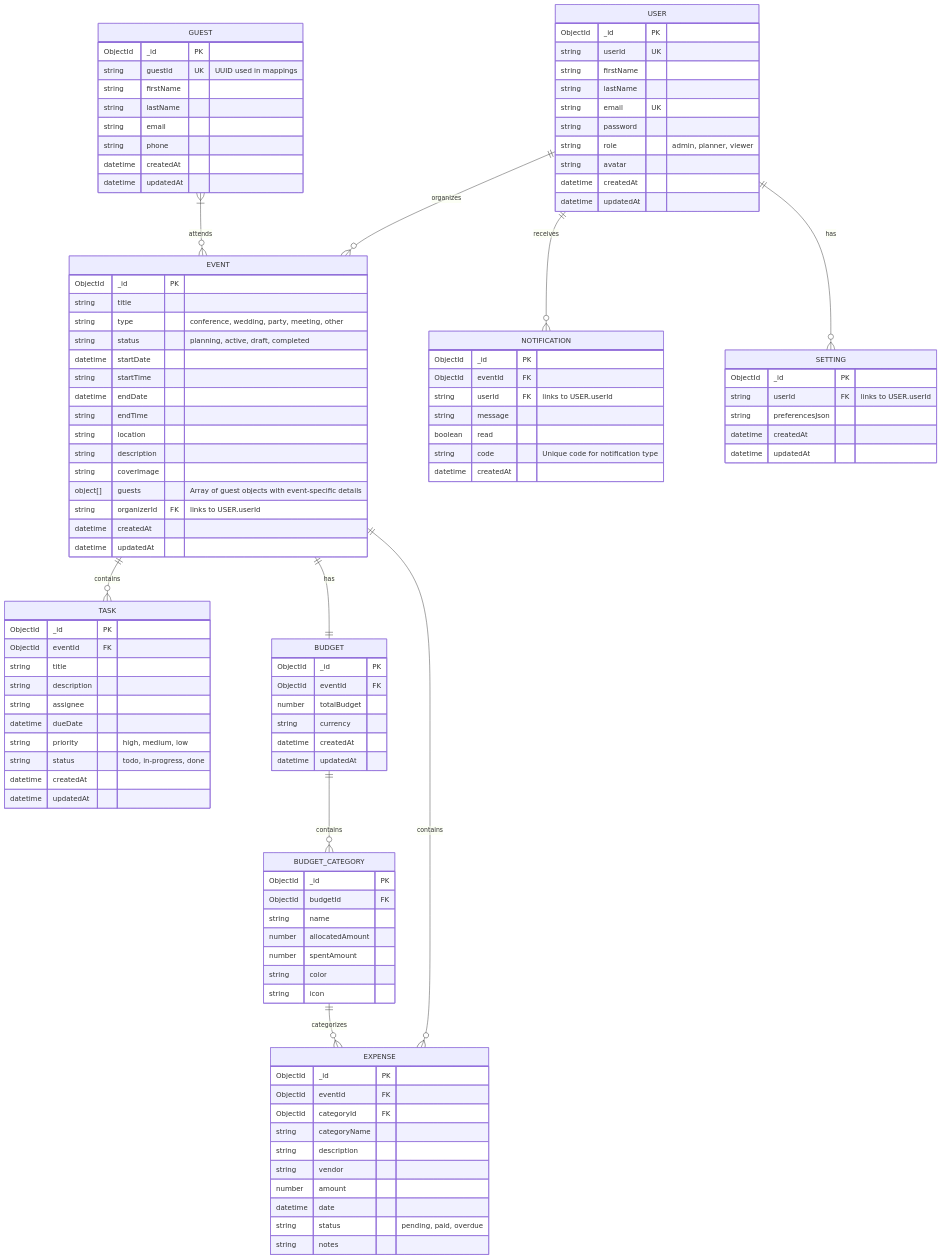
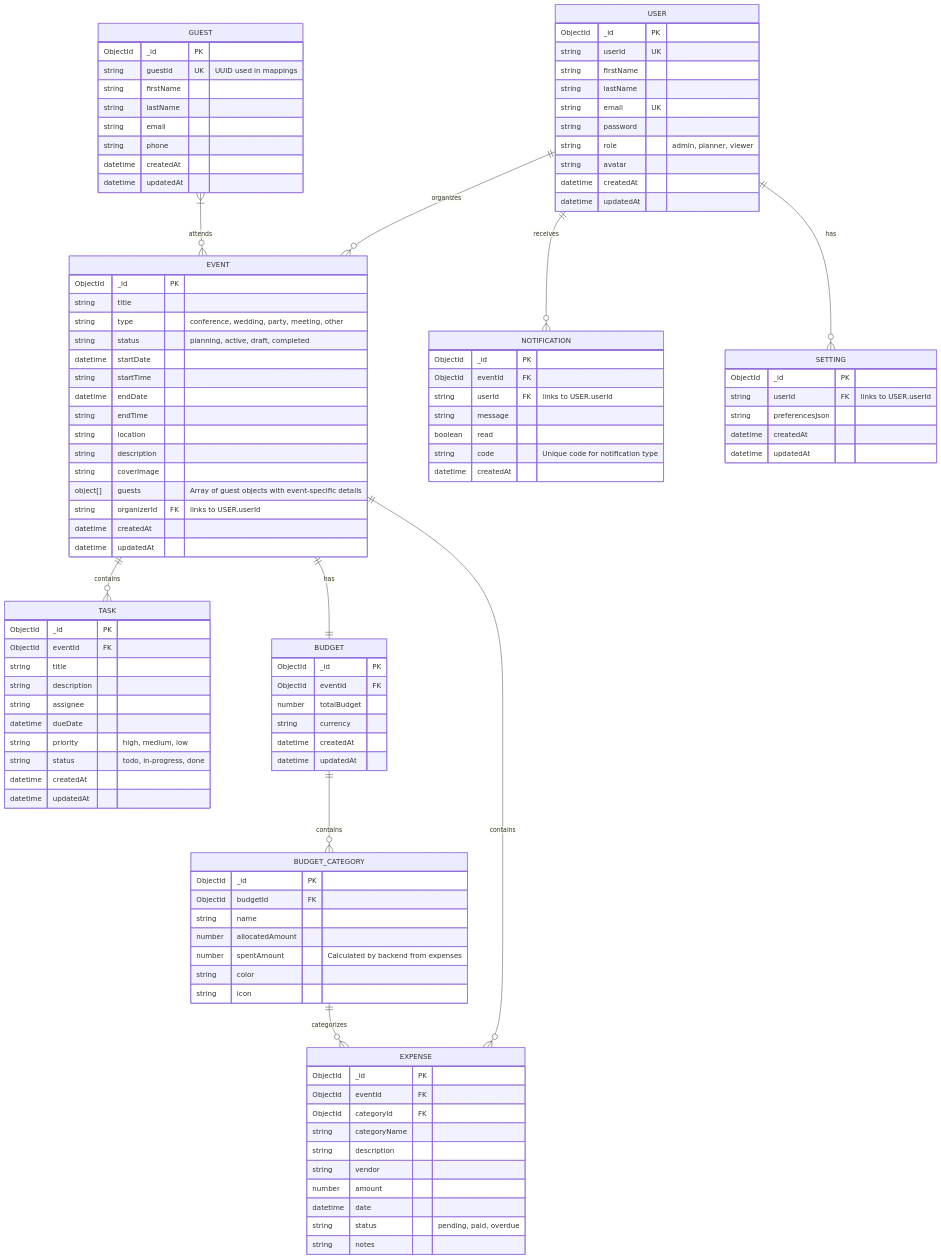
One commit to ShawndharSrt/Event-Planner changed the diagram in database-schema.md. Above: the diagram before and after it, drawn with Mermaid. The commit also changed other lines of this file and 21 other files, not shown here.

```diff
--- a/database-schema.md
+++ b/database-schema.md
@@ -86,7 +86,7 @@
         ObjectId budgetId FK
         string name
         number allocatedAmount
-        number spentAmount
+        number spentAmount "Calculated by backend from expenses"
         string color
         string icon
     }
```
